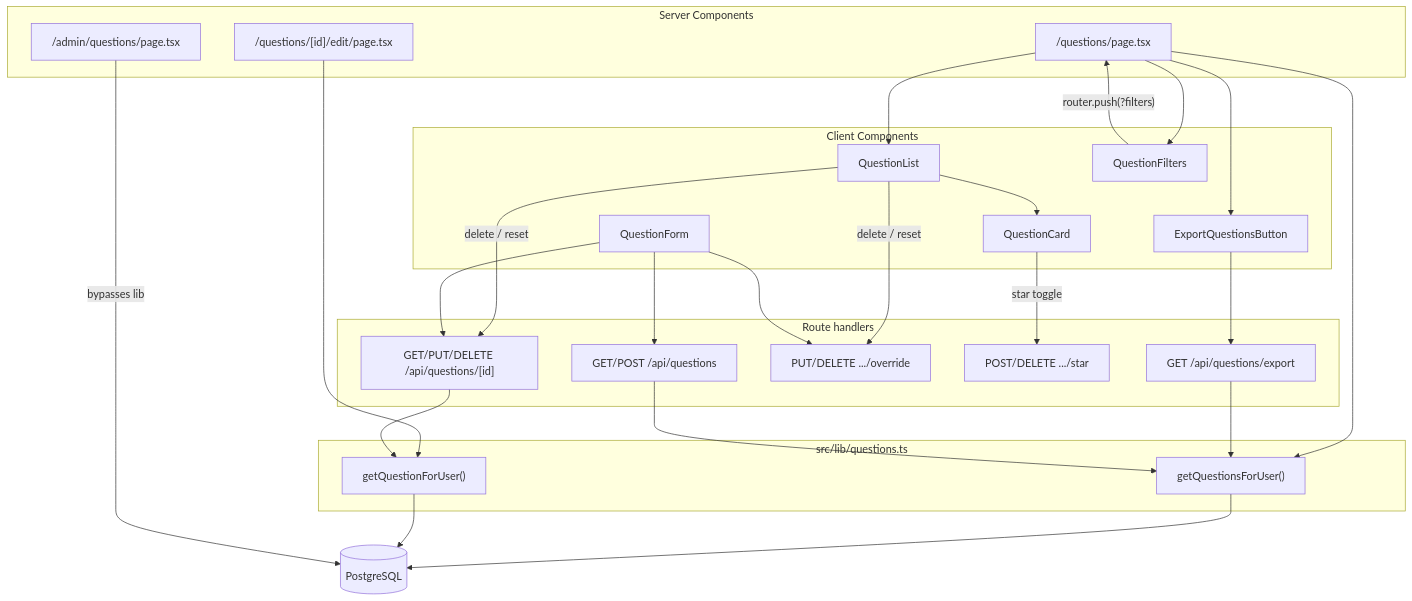
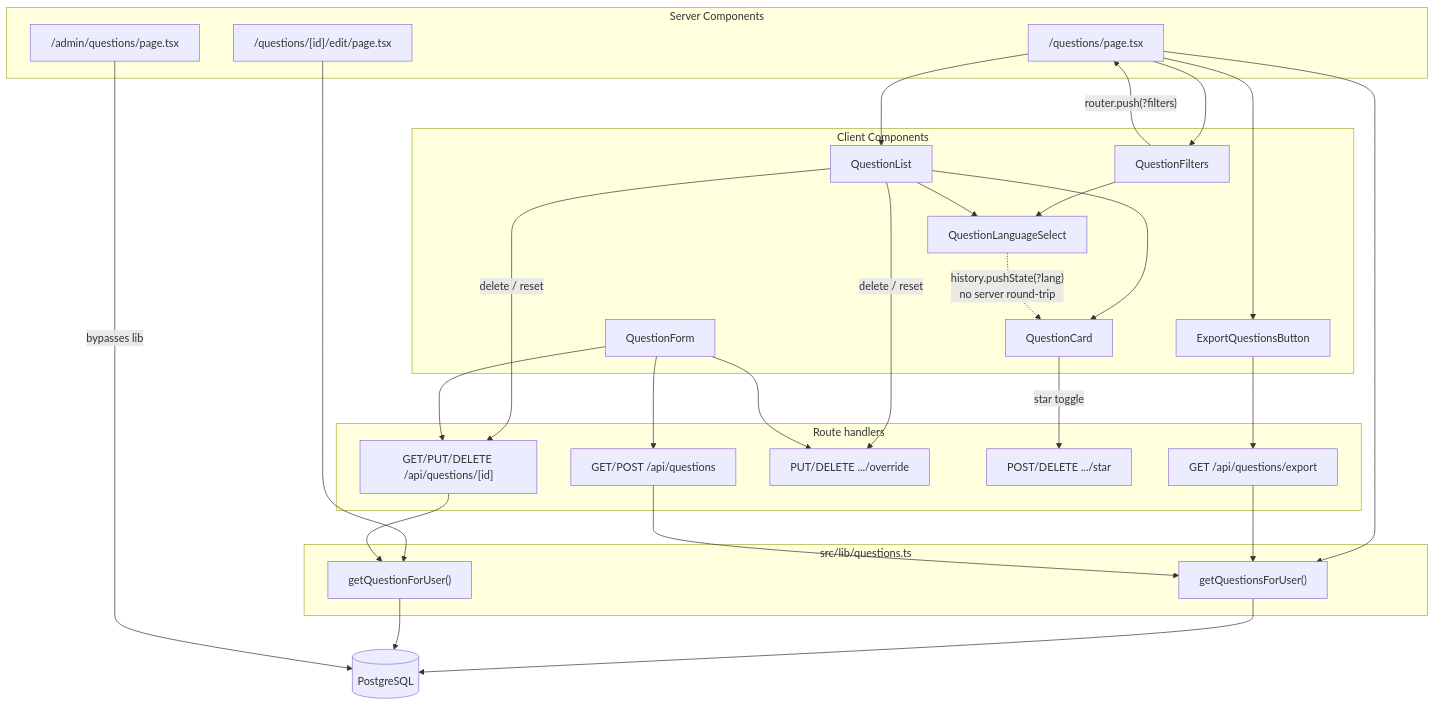
One commit to chronoflame78/interview-prep changed the first of 5 diagrams in docs/features/questions-management/design.md. Above: the diagram before and after it, drawn with Mermaid. The commit also changed other lines of this file and 15 other files, not shown here.

````diff
--- a/docs/features/questions-management/design.md
+++ b/docs/features/questions-management/design.md
@@ -10,43 +10,47 @@
 ```mermaid
 flowchart TD
     subgraph Server["Server Components"]
         LP["/questions/page.tsx"]
         EP["/questions/[id]/edit/page.tsx"]
         AP["/admin/questions/page.tsx"]
     end
 
     subgraph Lib["src/lib/questions.ts"]
         GQ["getQuestionsForUser()"]
         GQ1["getQuestionForUser()"]
     end
 
     subgraph Client["Client Components"]
         QL["QuestionList"]
         QC["QuestionCard"]
         QF["QuestionFilters"]
+        QLS["QuestionLanguageSelect"]
         FORM["QuestionForm"]
         EXP["ExportQuestionsButton"]
     end
 
     subgraph API["Route handlers"]
         A1["GET/POST /api/questions"]
         A2["GET/PUT/DELETE /api/questions/[id]"]
         A3["PUT/DELETE .../override"]
         A4["POST/DELETE .../star"]
         A5["GET /api/questions/export"]
     end
 
     LP --> GQ --> DB[("PostgreSQL")]
     EP --> GQ1 --> DB
     AP -->|"bypasses lib"| DB
     LP --> QL --> QC
     LP --> QF
     LP --> EXP
     QC -->|"star toggle"| A4
     QL -->|"delete / reset"| A2 & A3
     FORM --> A1 & A2 & A3
     EXP --> A5 --> GQ
     A1 --> GQ
     A2 --> GQ1
     QF -->|"router.push(?filters)"| LP
+    QF --> QLS
+    QL --> QLS
+    QLS -.->|"history.pushState(?lang)<br/>no server round-trip"| QC
 ```
````
